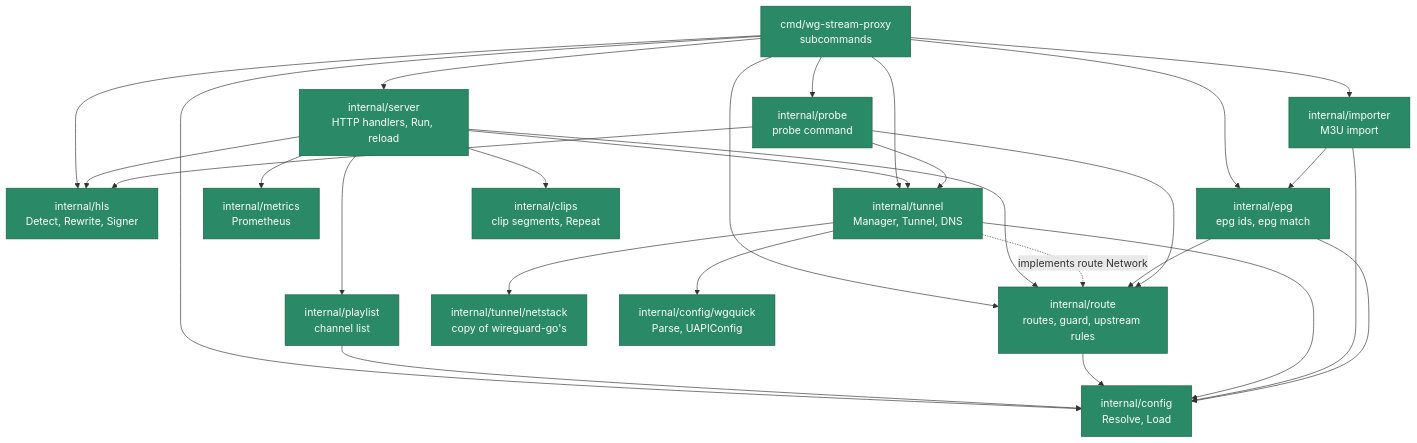
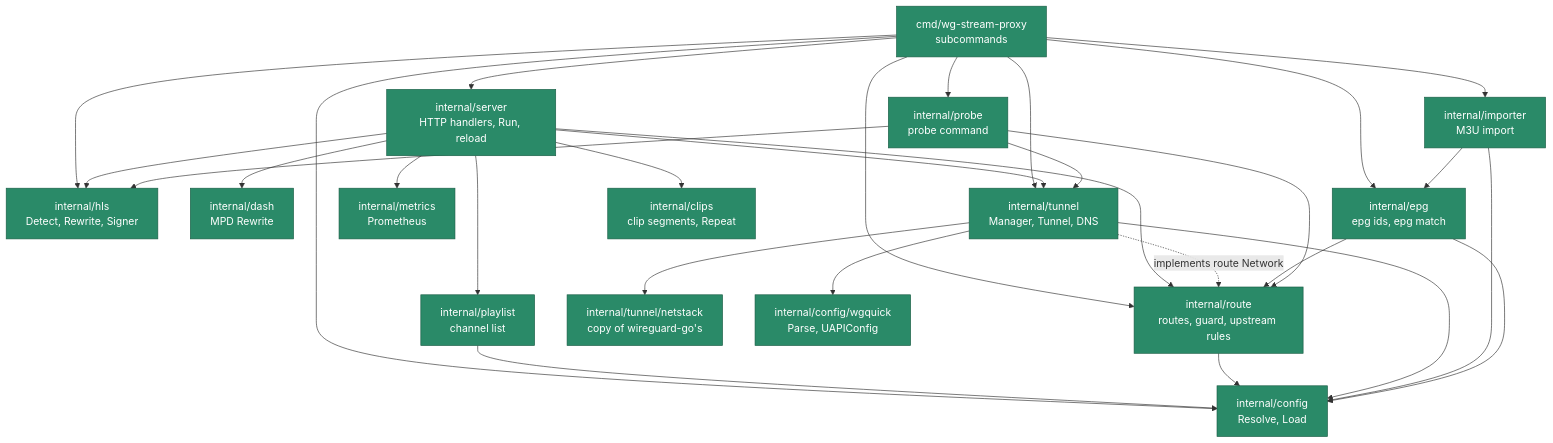
Diagram 15 of 18 in docs/architecture.md (KingOfKalk/wg-stream-proxy), drawn with Mermaid before and after one commit. The commit also changed other lines of this file and 85 other files, not shown here.

````diff
--- a/docs/architecture.md
+++ b/docs/architecture.md
@@ -817,29 +876,30 @@
 ```mermaid
 flowchart TD
     main["cmd/wg-stream-proxy<br/>subcommands"]:::done
     server["internal/server<br/>HTTP handlers, Run, reload"]:::done
     playlist["internal/playlist<br/>channel list"]:::done
     hls["internal/hls<br/>Detect, Rewrite, Signer"]:::done
+    dash["internal/dash<br/>MPD Rewrite"]:::done
     route["internal/route<br/>routes, guard, upstream rules"]:::done
     tunnel["internal/tunnel<br/>Manager, Tunnel, DNS"]:::done
     netstack["internal/tunnel/netstack<br/>copy of wireguard-go's"]:::done
     config["internal/config<br/>Resolve, Load"]:::done
     wgquick["internal/config/wgquick<br/>Parse, UAPIConfig"]:::done
     metrics["internal/metrics<br/>Prometheus"]:::done
     importer["internal/importer<br/>M3U import"]:::done
     epg["internal/epg<br/>epg ids, epg match"]:::done
     clips["internal/clips<br/>clip segments, Repeat"]:::done
     probe["internal/probe<br/>probe command"]:::done
 
     main --> server & config & importer & epg & probe & route & tunnel & hls
-    server --> playlist & hls & route & tunnel & metrics & clips
+    server --> playlist & hls & dash & route & tunnel & metrics & clips
     playlist --> config
     route --> config
     tunnel -. "implements route Network" .-> route
     tunnel --> config & wgquick & netstack
     importer --> config & epg
     epg --> config & route
     probe --> hls & route & tunnel
 
     classDef done fill:#2a8a68,stroke:#1a5e46,color:#ffffff
 ```
````
